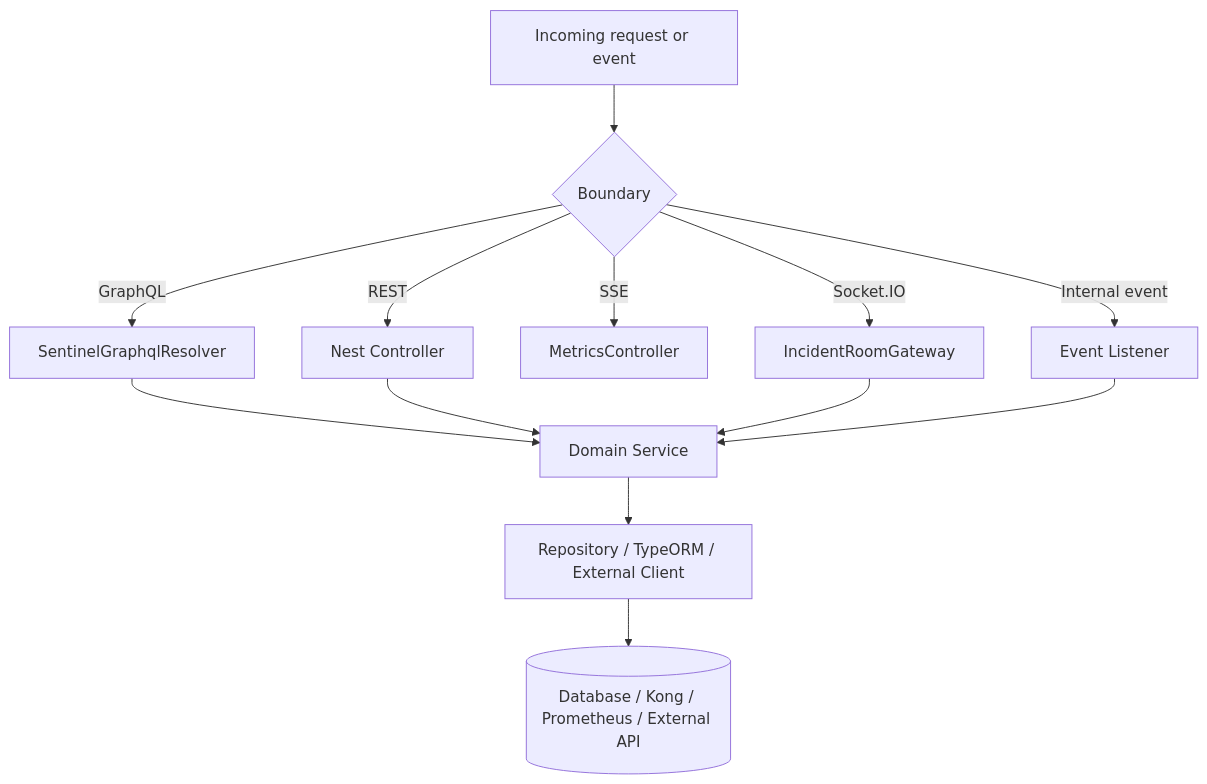
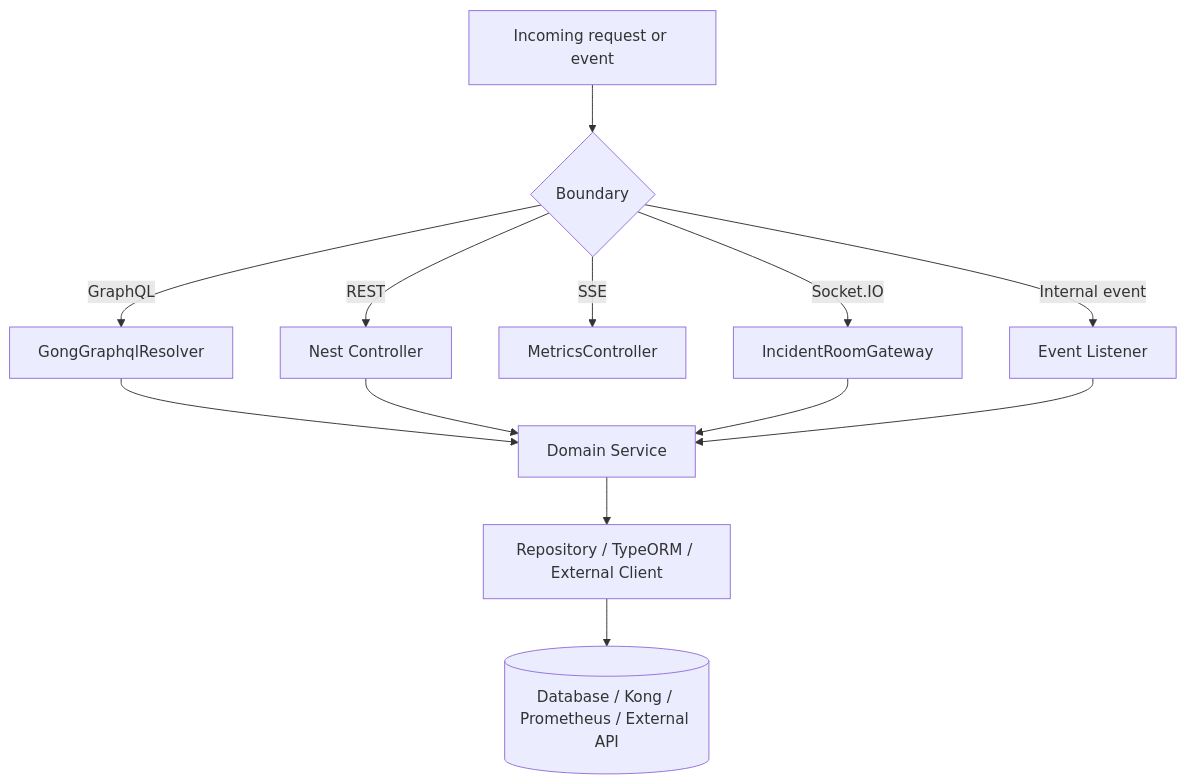
One commit to WEB-TEAM-2526-GL3/Gong-Gateway changed diagram 15 of 17 in ARCHITECTUR.md. Above: the diagram before and after it, drawn with Mermaid. The commit also changed other lines of this file and 17 other files, not shown here.

````diff
--- a/ARCHITECTUR.md
+++ b/ARCHITECTUR.md
@@ -557,20 +557,20 @@
 ```mermaid
 flowchart TB
   Request[Incoming request or event]
 
   Request --> AuthBoundary{Boundary}
 
-  AuthBoundary -->|GraphQL| Resolver[SentinelGraphqlResolver]
+  AuthBoundary -->|GraphQL| Resolver[GongGraphqlResolver]
   AuthBoundary -->|REST| Controller[Nest Controller]
   AuthBoundary -->|SSE| MetricsController[MetricsController]
   AuthBoundary -->|Socket.IO| Gateway[IncidentRoomGateway]
   AuthBoundary -->|Internal event| Listener[Event Listener]
 
   Resolver --> DomainService[Domain Service]
   Controller --> DomainService
   Gateway --> DomainService
   Listener --> DomainService
 
   DomainService --> Repository[Repository / TypeORM / External Client]
   Repository --> Store[(Database / Kong / Prometheus / External API)]
 ```
````
